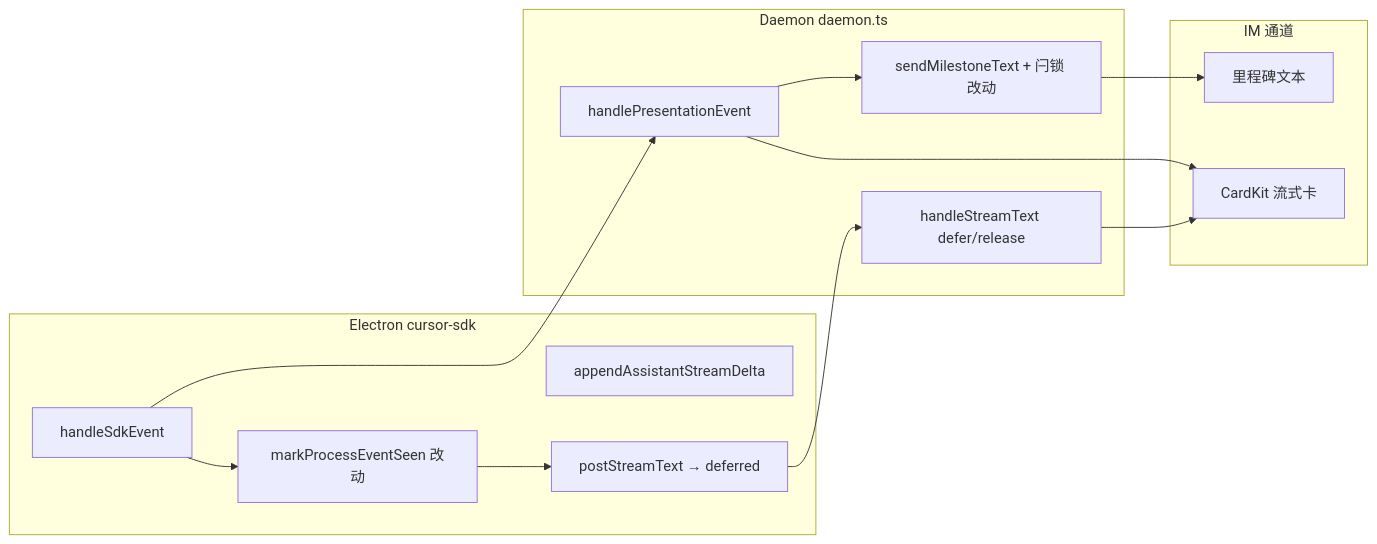
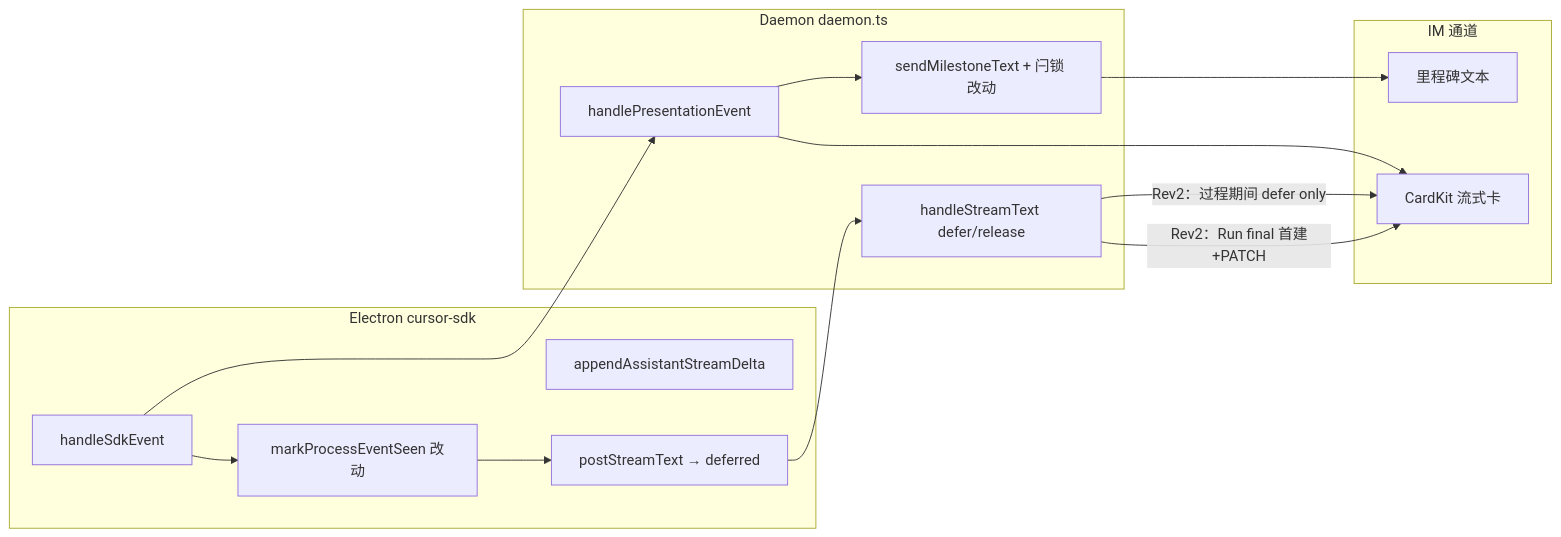
Before and after one commit to suveng/cursor-claw: the second of 2 diagrams in knowledge/变更/归档/20260704190748-IM通知消息顺序与流式推送优化/02-design.md, drawn with Mermaid. The commit also changed other lines of this file and 17 other files, not shown here.

First line of the commit message:
docs(kb): 归档 IM通知消息顺序与流式推送优化，Rev2 end-only assistant v1.13.4

````diff
--- a/knowledge/变更/归档/20260704190748-IM通知消息顺序与流式推送优化/02-design.md
+++ b/knowledge/变更/归档/20260704190748-IM通知消息顺序与流式推送优化/02-design.md
@@ -121,26 +133,27 @@
 ```mermaid
 flowchart LR
   subgraph electronLayer ["Electron cursor-sdk"]
     HSE["handleSdkEvent"]
     MPS["markProcessEventSeen 改动"]
     AAD["appendAssistantStreamDelta"]
     PST["postStreamText → deferred"]
   end
   subgraph daemonLayer ["Daemon daemon.ts"]
     HPE["handlePresentationEvent"]
     HST["handleStreamText defer/release"]
     MST["sendMilestoneText + 闩锁 改动"]
   end
   subgraph imLayer ["IM 通道"]
     MS["里程碑文本"]
     CK["CardKit 流式卡"]
   end
   HSE --> MPS
   MPS --> PST
   HSE --> HPE
   HPE --> MST
   HPE --> CK
   MST --> MS
   PST --> HST
-  HST --> CK
+  HST -->|"Rev2：过程期间 defer only"| CK
+  HST -->|"Rev2：Run final 首建+PATCH"| CK
 ```
````
